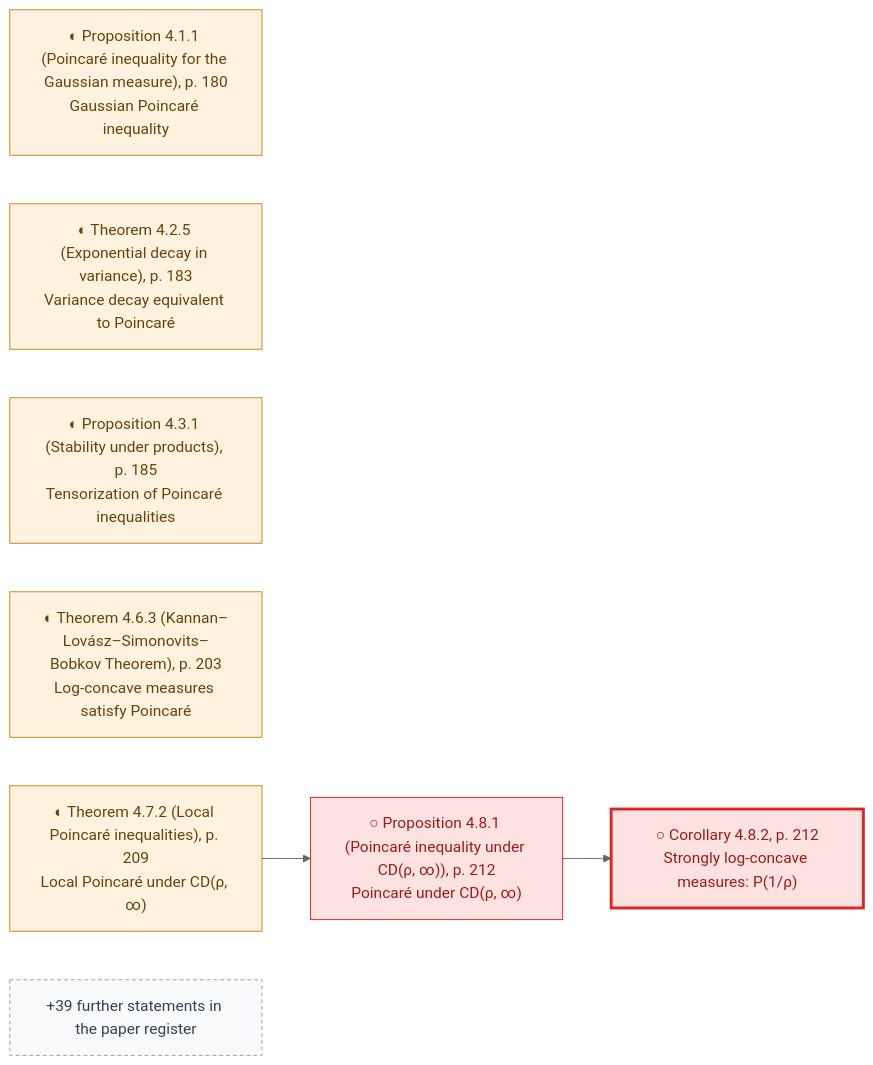
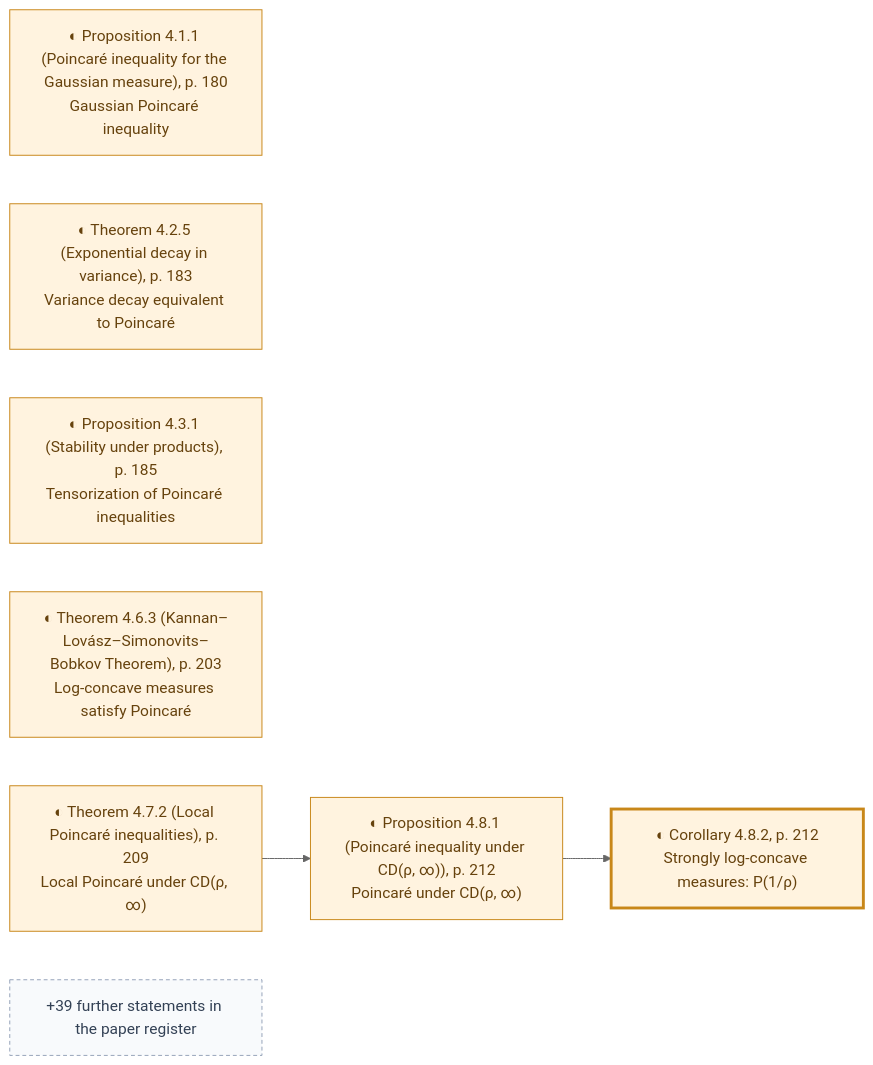
One commit to human-ai-mathematics/kls-lean changed the seventh of 25 diagrams in research/progress/README.md. Above: the diagram before and after it, drawn with Mermaid (neutral theme). The commit also changed other lines of this file and 8 other files, not shown here.

````diff
--- a/research/progress/README.md
+++ b/research/progress/README.md
@@ -386,20 +386,18 @@
 ```mermaid
 flowchart LR
     BGL2014_P411["◐ Proposition 4.1.1 (Poincaré inequality for the Gaussian measure), p. 180<br/>Gaussian Poincaré inequality"]
     BGL2014_T425["◐ Theorem 4.2.5 (Exponential decay in variance), p. 183<br/>Variance decay equivalent to Poincaré"]
     BGL2014_P431["◐ Proposition 4.3.1 (Stability under products), p. 185<br/>Tensorization of Poincaré inequalities"]
     BGL2014_T463["◐ Theorem 4.6.3 (Kannan–Lovász–Simonovits–Bobkov Theorem), p. 203<br/>Log-concave measures satisfy Poincaré"]
     BGL2014_T472["◐ Theorem 4.7.2 (Local Poincaré inequalities), p. 209<br/>Local Poincaré under CD(ρ, ∞)"]
-    BGL2014_P481["○ Proposition 4.8.1 (Poincaré inequality under CD(ρ, ∞)), p. 212<br/>Poincaré under CD(ρ, ∞)"]
-    BGL2014_C482["○ Corollary 4.8.2, p. 212<br/>Strongly log-concave measures: P(1/ρ)"]
+    BGL2014_P481["◐ Proposition 4.8.1 (Poincaré inequality under CD(ρ, ∞)), p. 212<br/>Poincaré under CD(ρ, ∞)"]
+    BGL2014_C482["◐ Corollary 4.8.2, p. 212<br/>Strongly log-concave measures: P(1/ρ)"]
     BGL2014_T472 --> BGL2014_P481
     BGL2014_P481 --> BGL2014_C482
     BGL2014_more["+39 further statements in the paper register"]
     classDef lemma_partial fill:#fff3df,stroke:#c88719,color:#66420d;
-    class BGL2014_P411,BGL2014_T425,BGL2014_P431,BGL2014_T463,BGL2014_T472 lemma_partial;
-    classDef lemma_pending fill:#fee2e2,stroke:#dc2626,color:#991b1b;
-    class BGL2014_P481,BGL2014_C482 lemma_pending;
+    class BGL2014_P411,BGL2014_T425,BGL2014_P431,BGL2014_T463,BGL2014_T472,BGL2014_P481,BGL2014_C482 lemma_partial;
     style BGL2014_C482 stroke-width:3px
     classDef lemma_more fill:#f8fafc,stroke:#94a3b8,color:#334155,stroke-dasharray:4 3;
     class BGL2014_more lemma_more;
 ```
````
